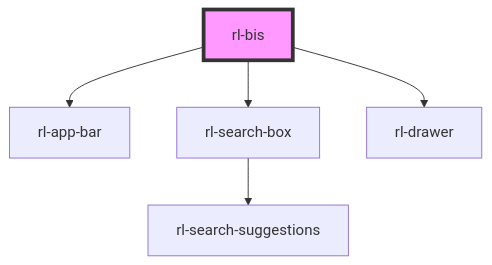
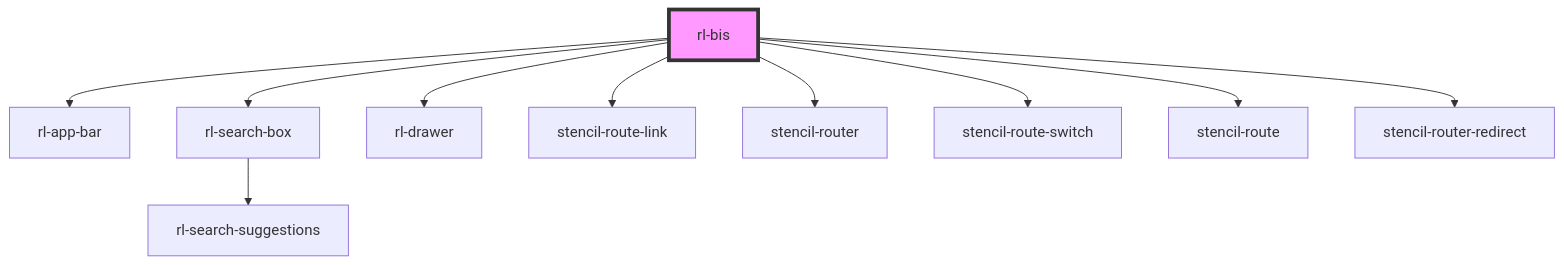
Before and after one commit to torontomulibrary/building-info-system: the diagram in src/app/readme.md, drawn with Mermaid. The commit also changed other lines of this file and 11 other files, not shown here.

````diff
--- a/src/app/readme.md
+++ b/src/app/readme.md
@@ -17,8 +22,13 @@
 ```mermaid
 graph TD;
   rl-bis --> rl-app-bar
   rl-bis --> rl-search-box
   rl-bis --> rl-drawer
+  rl-bis --> stencil-route-link
+  rl-bis --> stencil-router
+  rl-bis --> stencil-route-switch
+  rl-bis --> stencil-route
+  rl-bis --> stencil-router-redirect
   rl-search-box --> rl-search-suggestions
   style rl-bis fill:#f9f,stroke:#333,stroke-width:4px
 ```
````
